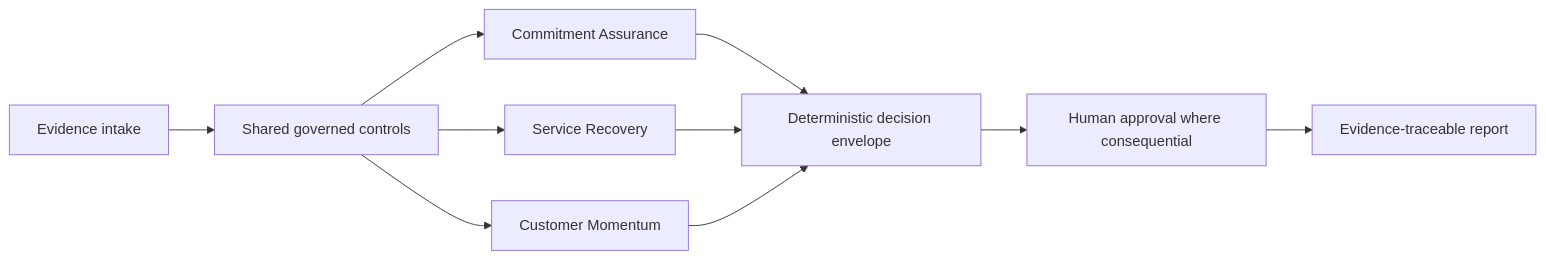
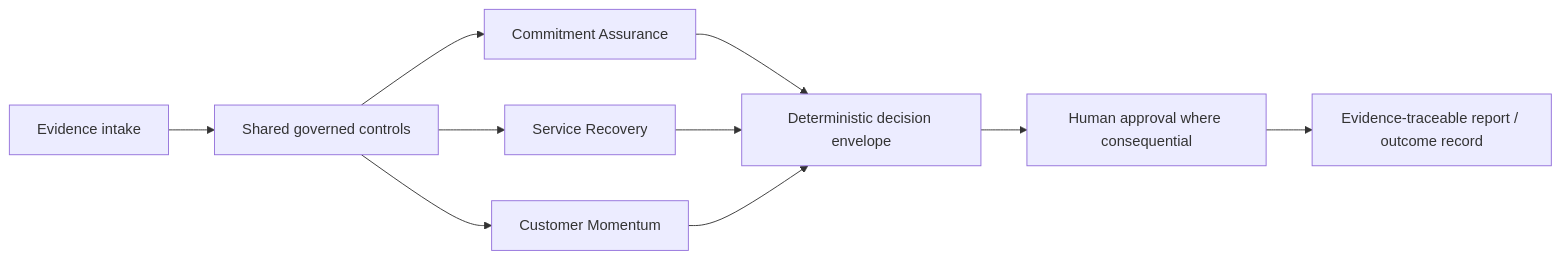
The diagram in README.md (kalyansrinivas2k26/vantix-attestor), drawn with Mermaid before and after one commit. The commit also changed other lines of this file and 31 other files, not shown here.

````diff
--- a/README.md
+++ b/README.md
@@ -9,12 +9,12 @@
 ```mermaid
 flowchart LR
     E[Evidence intake] --> K[Shared governed controls]
-    K --> A[Commitment Assurance]
-    K --> B[Service Recovery]
-    K --> C[Customer Momentum]
-    A --> D[Deterministic decision envelope]
-    B --> D
-    C --> D
+    K --> CA[Commitment Assurance]
+    K --> SR[Service Recovery]
+    K --> CM[Customer Momentum]
+    CA --> D[Deterministic decision envelope]
+    SR --> D
+    CM --> D
     D --> H[Human approval where consequential]
-    H --> R[Evidence-traceable report]
+    H --> R[Evidence-traceable report / outcome record]
 ```
````
